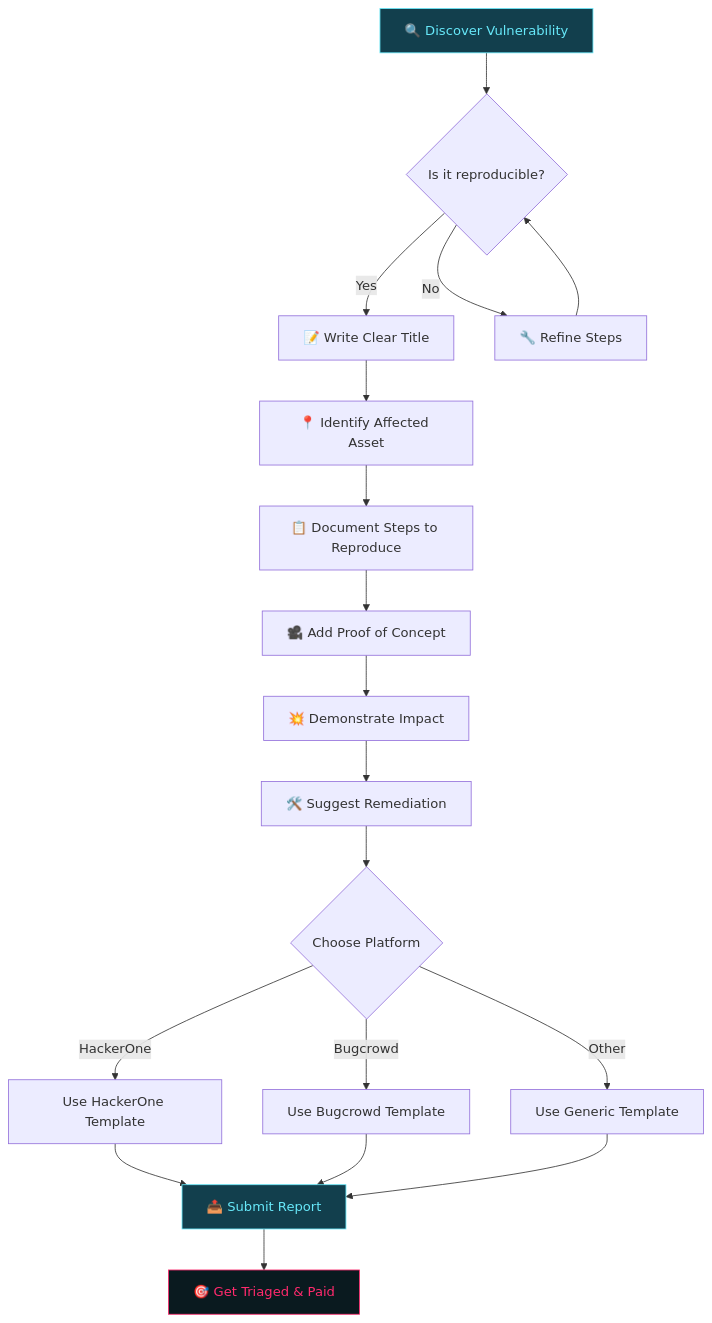
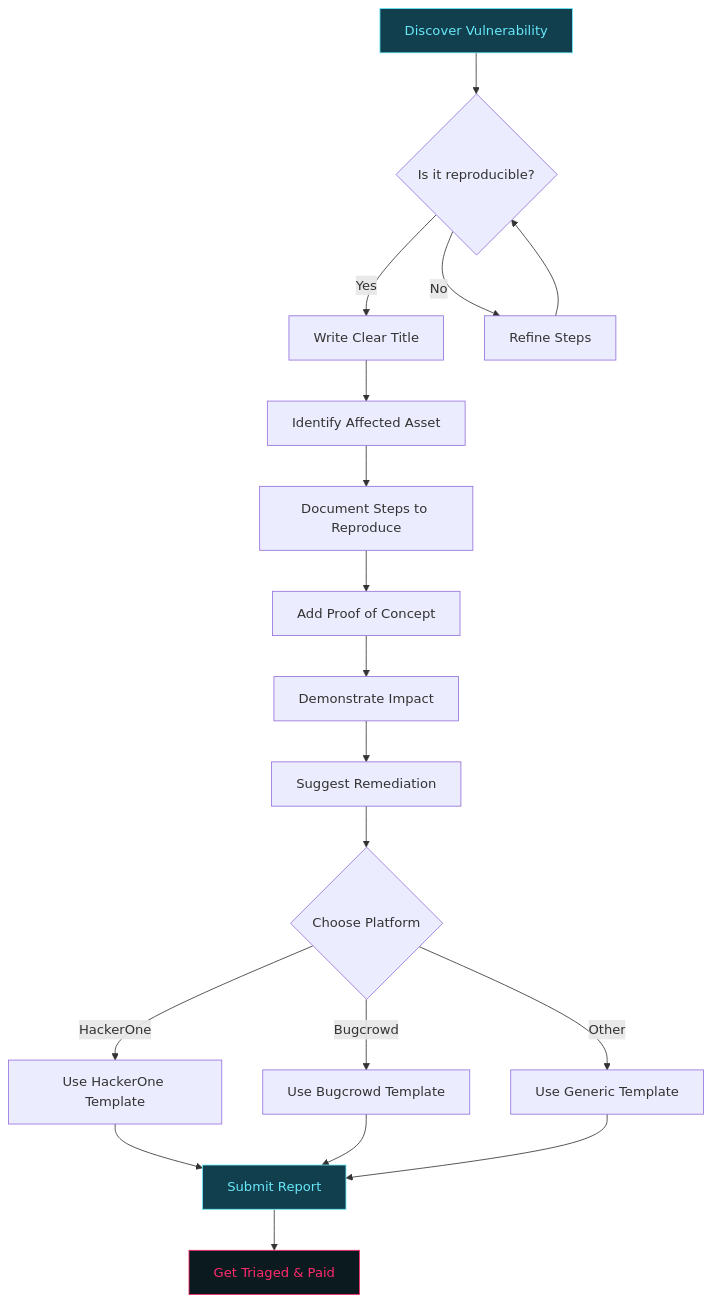
Before and after one commit to metidev/metidev.github.io: the first of 4 diagrams in src/content/blog/How to Write a Professional Bug Bounty Report That Gets Triaged.md, drawn with Mermaid. The commit also changed other lines of this file, not shown here.

Commit message:
Update How to Write a Professional Bug Bounty Report That Gets Triaged.md

````diff
--- a/src/content/blog/How to Write a Professional Bug Bounty Report That Gets Triaged.md
+++ b/src/content/blog/How to Write a Professional Bug Bounty Report That Gets Triaged.md
@@ -39,24 +39,24 @@
 ```mermaid
 graph TD
-    A[🔍 Discover Vulnerability] --> B{Is it reproducible?}
-    B -->|Yes| C[📝 Write Clear Title]
-    B -->|No| D[🔧 Refine Steps]
+    A[ Discover Vulnerability] --> B{Is it reproducible?}
+    B -->|Yes| C[ Write Clear Title]
+    B -->|No| D[ Refine Steps]
     D --> B
-    C --> E[📍 Identify Affected Asset]
-    E --> F[📋 Document Steps to Reproduce]
-    F --> G[🎥 Add Proof of Concept]
-    G --> H[💥 Demonstrate Impact]
-    H --> I[🛠️ Suggest Remediation]
+    C --> E[ Identify Affected Asset]
+    E --> F[ Document Steps to Reproduce]
+    F --> G[ Add Proof of Concept]
+    G --> H[ Demonstrate Impact]
+    H --> I[ Suggest Remediation]
     I --> J{Choose Platform}
     J -->|HackerOne| K[Use HackerOne Template]
     J -->|Bugcrowd| L[Use Bugcrowd Template]
     J -->|Other| M[Use Generic Template]
-    K --> N[📤 Submit Report]
+    K --> N[ Submit Report]
     L --> N
     M --> N
-    N --> O[🎯 Get Triaged & Paid]
+    N --> O[ Get Triaged & Paid]
 
     style A fill:#123f4d,stroke:#67e8f9,color:#67e8f9
     style N fill:#123f4d,stroke:#67e8f9,color:#67e8f9
     style O fill:#0a1a1f,stroke:#ff2a6d,color:#ff2a6d
 ```
````
